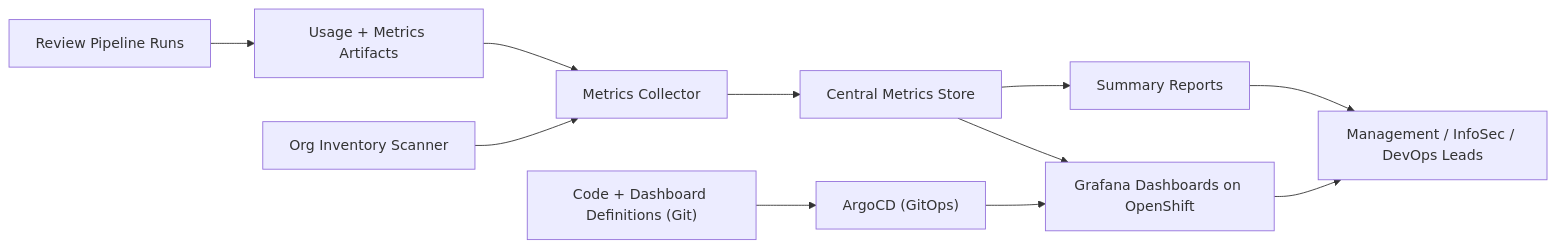
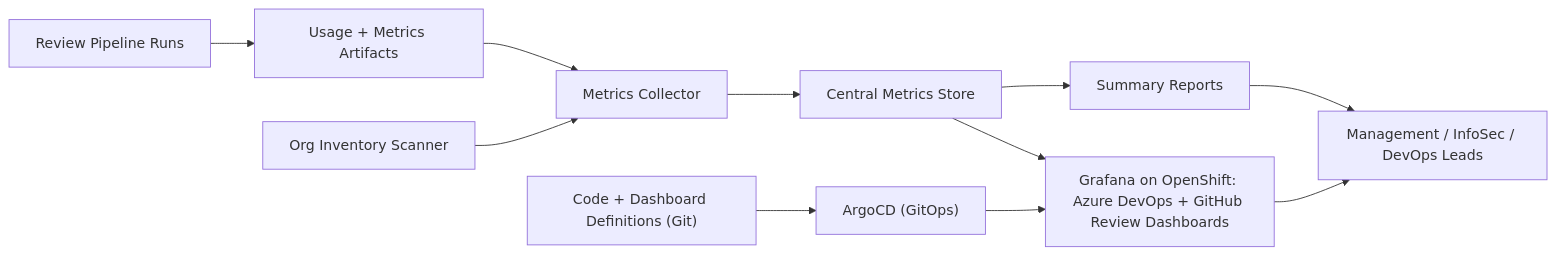
The diagram in site/src/content/work/pr-review-management-reporting.md (stewartburton/stewartburton.github.io), drawn with Mermaid before and after one commit. The commit also changed other lines of this file, not shown here.

Commit message:
Note the two per-platform review dashboards in the reporting case study
The Grafana deployment serves two dashboards: one for AI PR reviews
on Azure DevOps (review volume, comments, usage and cost) and one for
AI PR reviews on GitHub (review volume and comments). Reflected in
the What I built bullet and the diagram node label.

Claude-Session: https://claude.ai/code/session_01VJKDUKSTjz2AwZnwDV52PG

````diff
--- a/site/src/content/work/pr-review-management-reporting.md
+++ b/site/src/content/work/pr-review-management-reporting.md
@@ -24,12 +24,12 @@
 ```mermaid
 flowchart LR
     Runs["Review Pipeline Runs"] --> Artifacts["Usage + Metrics Artifacts"]
     Artifacts --> Collector["Metrics Collector"]
     Inventory["Org Inventory Scanner"] --> Collector
     Collector --> Store["Central Metrics Store"]
     Store --> Reports["Summary Reports"]
-    Store --> Grafana["Grafana Dashboards on OpenShift"]
+    Store --> Grafana["Grafana on OpenShift: Azure DevOps + GitHub Review Dashboards"]
     Git["Code + Dashboard Definitions (Git)"] --> ArgoCD["ArgoCD (GitOps)"] --> Grafana
     Reports --> Leaders["Management / InfoSec / DevOps Leads"]
     Grafana --> Leaders
 ```
````
